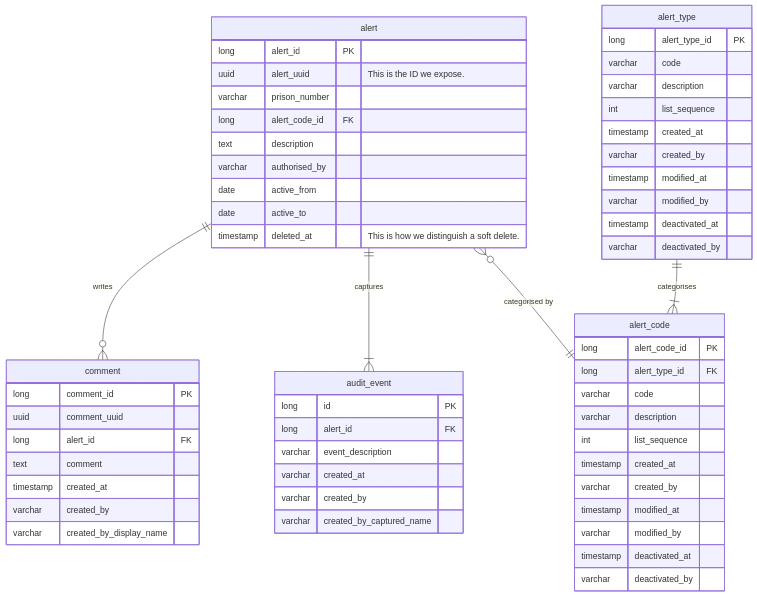
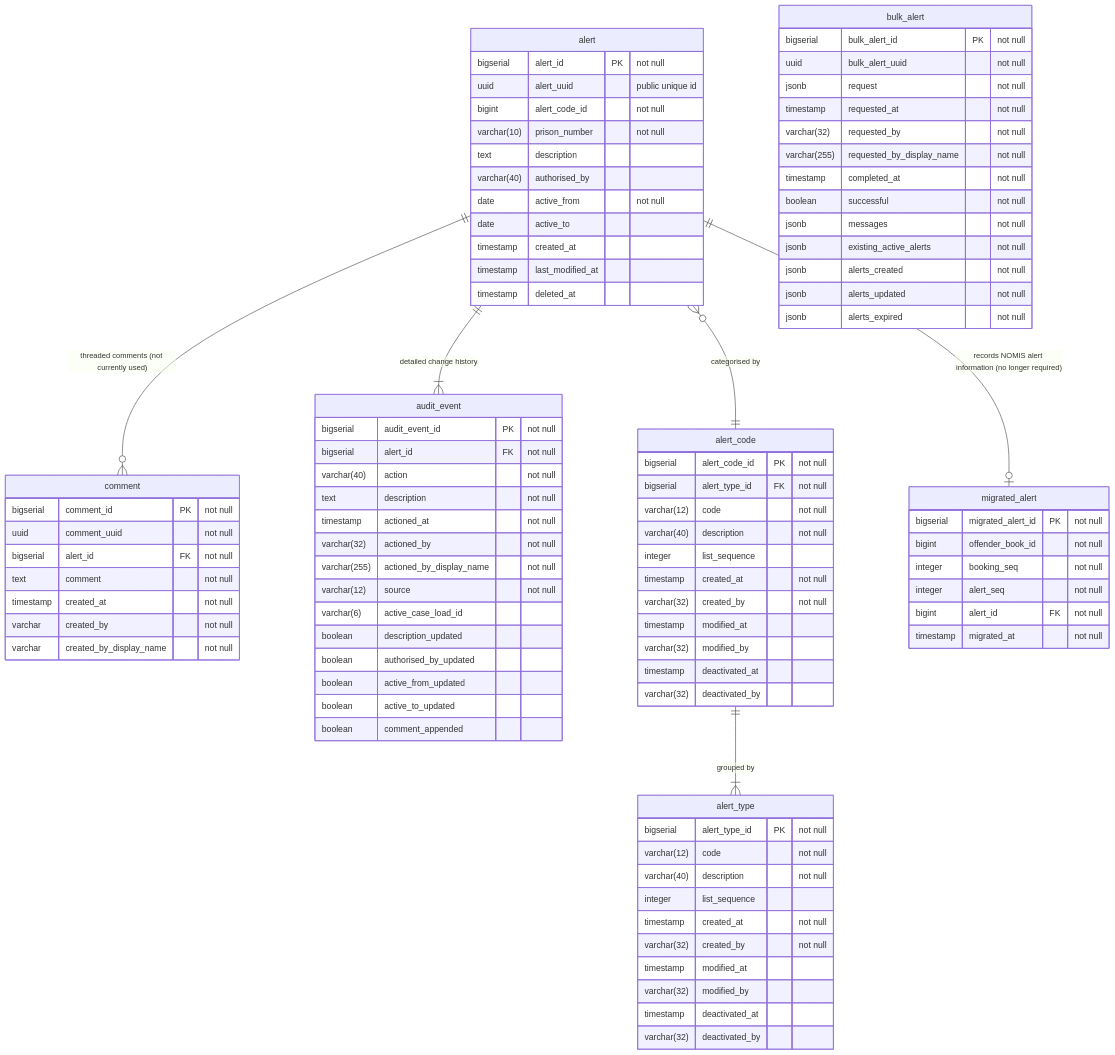
One commit to ministryofjustice/hmpps-alerts-api changed the diagram in datamodel.mermaid. Above: the diagram before and after it, drawn with Mermaid.

Commit message:
Update datamodel to match deployed database (#160)

```diff
--- a/datamodel.mermaid
+++ b/datamodel.mermaid
@@ -1,63 +1,99 @@
 erDiagram
-    alert one to zero or more comment : writes
-    alert one to one or more audit_event : captures
-    alert_type one to one or more alert_code : categorises
+    alert one to zero or more comment : "threaded comments (not currently used)"
+    alert one to one or more audit_event : "detailed change history"
     alert many to one alert_code : "categorised by"
+    alert_code one to one or more alert_type : "grouped by"
+    alert one to zero or one migrated_alert : "records NOMIS alert information (no longer required)"
 
-alert {
-    long alert_id PK
-    uuid alert_uuid "This is the ID we expose."
-    varchar prison_number
-    long alert_code_id FK
-    text description
-    varchar authorised_by
-    date active_from
-    date active_to
-    timestamp deleted_at "This is how we distinguish a soft delete."
-}
+    alert {
+        bigserial alert_id PK "not null"
+        uuid alert_uuid "public unique id"
+        bigint alert_code_id "not null"
+        varchar(10) prison_number "not null"
+        text description
+        varchar(40) authorised_by
+        date active_from "not null"
+        date active_to
+        timestamp created_at
+        timestamp last_modified_at
+        timestamp deleted_at
+    }
 
-comment {
-    long comment_id PK
-    uuid comment_uuid
-    long alert_id FK
-    text comment
-    timestamp created_at
-    varchar created_by
-    varchar created_by_display_name
-}
+    comment {
+        bigserial comment_id PK "not null"
+        uuid comment_uuid "not null"
+        bigserial alert_id FK "not null"
+        text comment "not null"
+        timestamp created_at "not null"
+        varchar created_by "not null"
+        varchar created_by_display_name "not null"
+    }
 
-audit_event {
-    long id PK
-    long alert_id FK
-    varchar event_description
-    varchar created_at
-    varchar created_by
-    varchar created_by_captured_name
-}
+    audit_event {
+        bigserial audit_event_id PK "not null"
+        bigserial alert_id FK "not null"
+        varchar(40) action "not null"
+        text description "not null"
+        timestamp actioned_at "not null"
+        varchar(32) actioned_by "not null"
+        varchar(255) actioned_by_display_name "not null"
+        varchar(12) source "not null"
+        varchar(6) active_case_load_id
+        boolean description_updated
+        boolean authorised_by_updated
+        boolean active_from_updated
+        boolean active_to_updated
+        boolean comment_appended
+    }
 
-alert_type {
-    long alert_type_id PK
-    varchar code
-    varchar description
-    int list_sequence
-    timestamp created_at
-    varchar created_by
-    timestamp modified_at
-    varchar modified_by
-    timestamp deactivated_at
-    varchar deactivated_by
-}
+    alert_code {
+        bigserial alert_code_id PK "not null"
+        bigserial alert_type_id FK "not null"
+        varchar(12) code "not null"
+        varchar(40) description "not null"
+        integer list_sequence
+        timestamp created_at "not null"
+        varchar(32) created_by "not null"
+        timestamp modified_at
+        varchar(32) modified_by
+        timestamp deactivated_at
+        varchar(32) deactivated_by
+    }
 
-alert_code {
-    long alert_code_id PK
-    long alert_type_id FK
-    varchar code
-    varchar description
-    int list_sequence
-    timestamp created_at
-    varchar created_by
-    timestamp modified_at
-    varchar modified_by
-    timestamp deactivated_at
-    varchar deactivated_by
-}
+    alert_type {
+        bigserial alert_type_id PK "not null"
+        varchar(12) code "not null"
+        varchar(40) description "not null"
+        integer list_sequence
+        timestamp created_at "not null"
+        varchar(32) created_by "not null"
+        timestamp modified_at
+        varchar(32) modified_by
+        timestamp deactivated_at
+        varchar(32) deactivated_by
+    }
+
+    migrated_alert {
+        bigserial migrated_alert_id PK "not null"
+        bigint offender_book_id "not null"
+        integer booking_seq "not null"
+        integer alert_seq "not null"
+        bigint alert_id FK "not null"
+        timestamp migrated_at "not null"
+    }
+
+    bulk_alert {
+        bigserial bulk_alert_id PK "not null"
+        uuid bulk_alert_uuid "not null"
+        jsonb request "not null"
+        timestamp requested_at "not null"
+        varchar(32) requested_by "not null"
+        varchar(255) requested_by_display_name "not null"
+        timestamp completed_at "not null"
+        boolean successful "not null"
+        jsonb messages "not null"
+        jsonb existing_active_alerts "not null"
+        jsonb alerts_created "not null"
+        jsonb alerts_updated "not null"
+        jsonb alerts_expired "not null"
+    }
```
